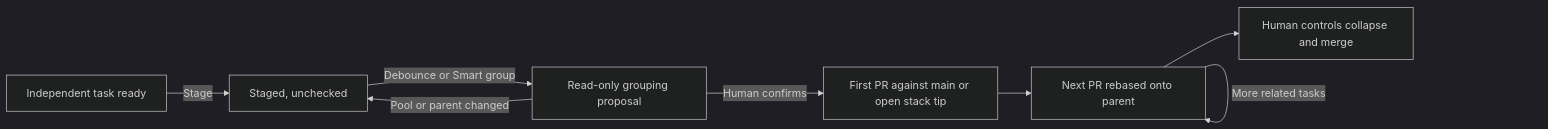
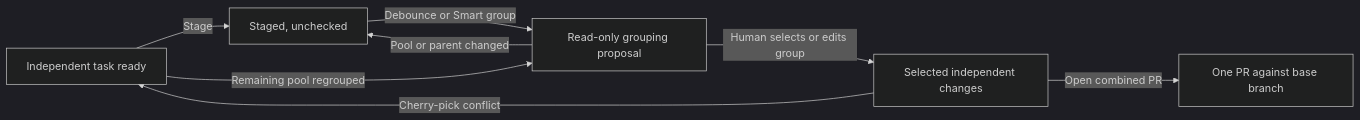
One commit to BrianBland/techtree changed the fifth of 5 diagrams in docs/DESIGN.md. Above: the diagram before and after it, drawn with Mermaid (dark theme). The commit also changed other lines of this file and 9 other files, not shown here.

````diff
--- a/docs/DESIGN.md
+++ b/docs/DESIGN.md
@@ -555,10 +556,10 @@
 ```mermaid
 flowchart LR
     Review[Independent task ready] -->|Stage| Pool[Staged, unchecked]
     Pool -->|Debounce or Smart group| Plan[Read-only grouping proposal]
     Plan -->|Pool or parent changed| Pool
-    Plan -->|Human confirms| Root[First PR against main or open stack tip]
-    Root --> Child[Next PR rebased onto parent]
-    Child -->|More related tasks| Child
-    Child --> Human[Human controls collapse and merge]
+    Plan -->|Human selects or edits group| Selected[Selected independent changes]
+    Selected -->|Open combined PR| Combined[One PR against base branch]
+    Selected -->|Cherry-pick conflict| Review
+    Review -->|Remaining pool regrouped| Plan
 ```
````
